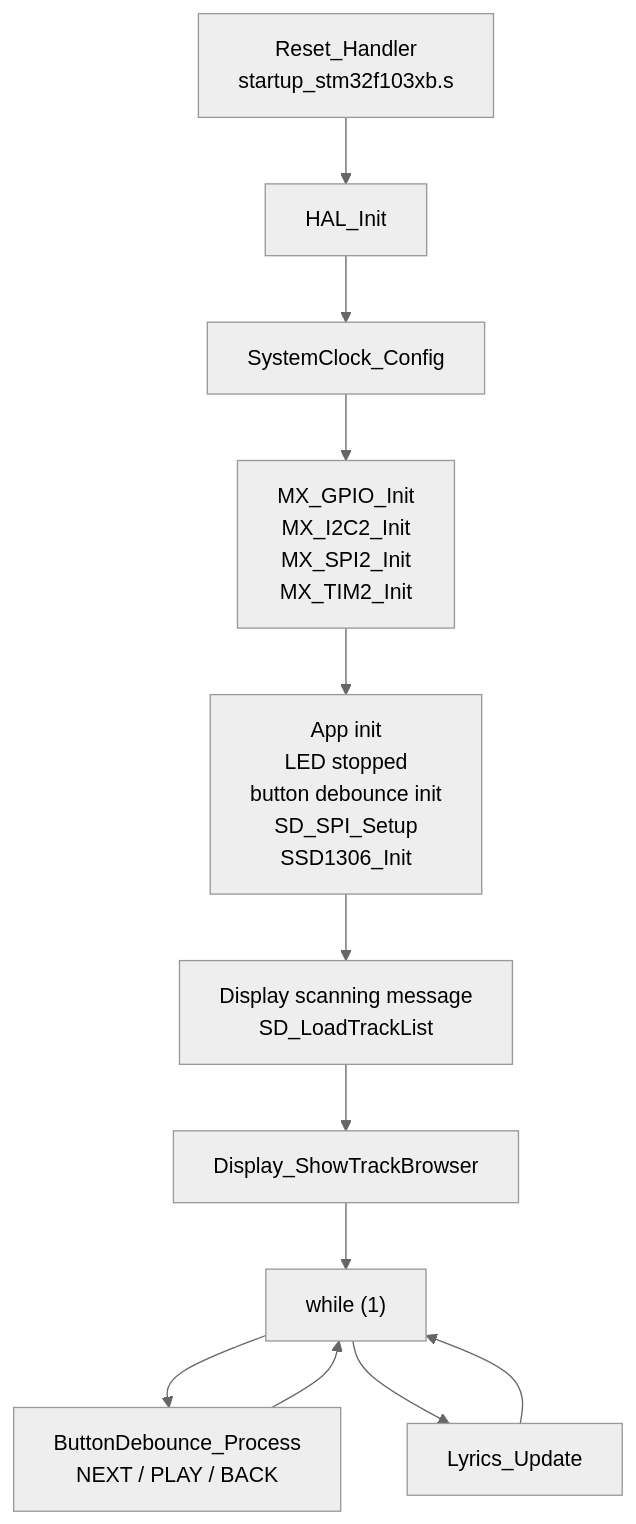
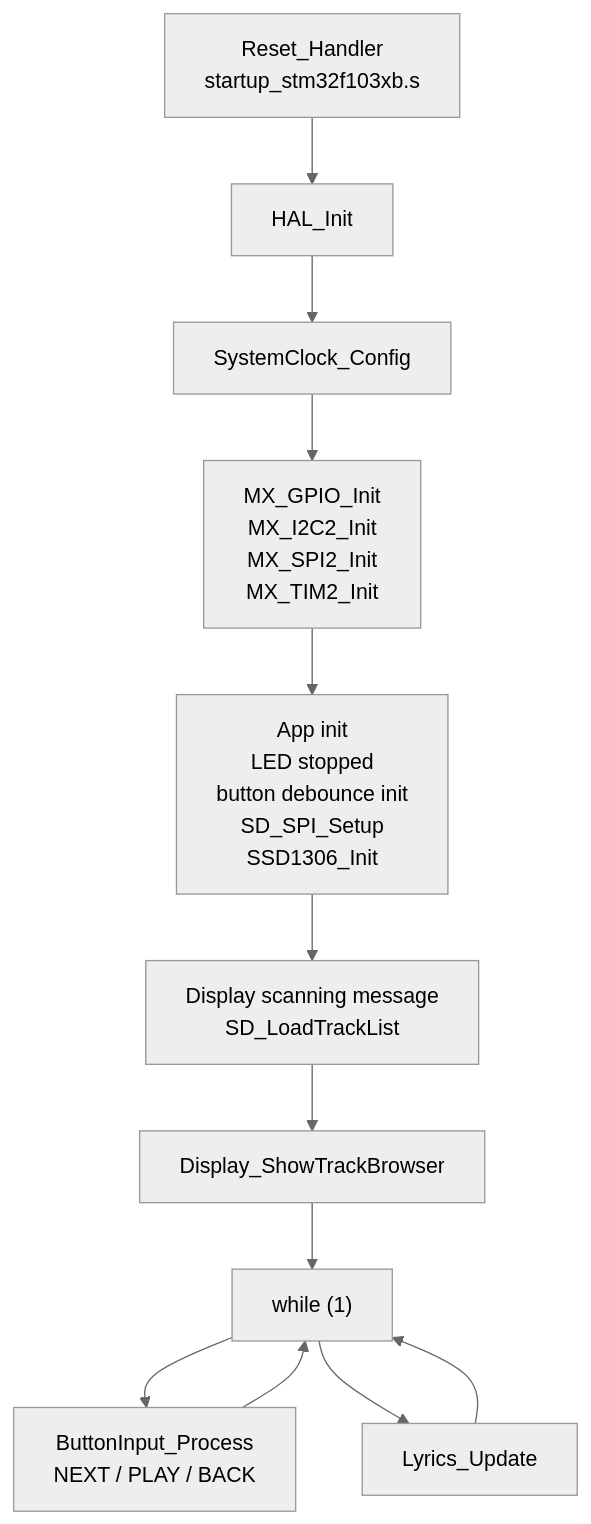
One commit to oscarsg29/lyrics_display changed the third of 11 diagrams in AGENTS.md. Above: the diagram before and after it, drawn with Mermaid (neutral theme). The commit also changed other lines of this file and 20 other files, not shown here.

````diff
--- a/AGENTS.md
+++ b/AGENTS.md
@@ -72,17 +72,17 @@
 ```mermaid
 flowchart TD
     Reset["Reset_Handler<br/>startup_stm32f103xb.s"]
     HALInit["HAL_Init"]
     Clock["SystemClock_Config"]
     Peripherals["MX_GPIO_Init<br/>MX_I2C2_Init<br/>MX_SPI2_Init<br/>MX_TIM2_Init"]
     AppInit["App init<br/>LED stopped<br/>button debounce init<br/>SD_SPI_Setup<br/>SSD1306_Init"]
     Scan["Display scanning message<br/>SD_LoadTrackList"]
     Browser["Display_ShowTrackBrowser"]
     Loop["while (1)"]
-    Buttons["ButtonDebounce_Process<br/>NEXT / PLAY / BACK"]
+    Buttons["ButtonInput_Process<br/>NEXT / PLAY / BACK"]
     Lyrics["Lyrics_Update"]
 
     Reset --> HALInit --> Clock --> Peripherals --> AppInit --> Scan --> Browser --> Loop
     Loop --> Buttons --> Loop
     Loop --> Lyrics --> Loop
 ```
````
